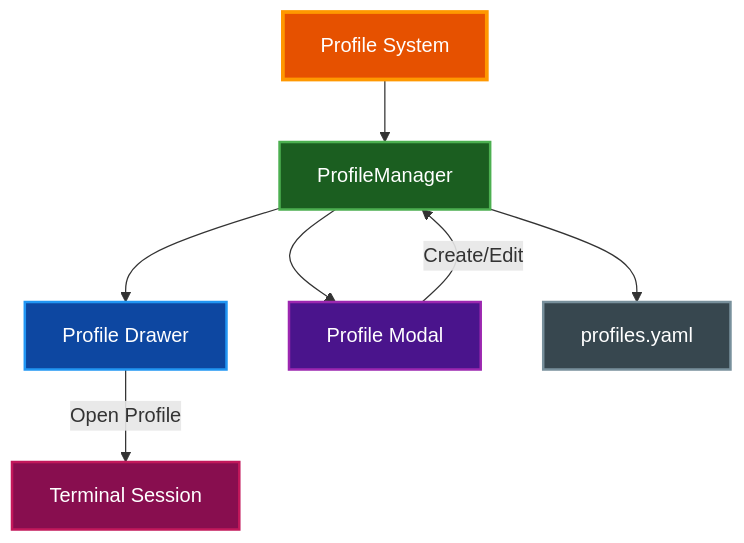
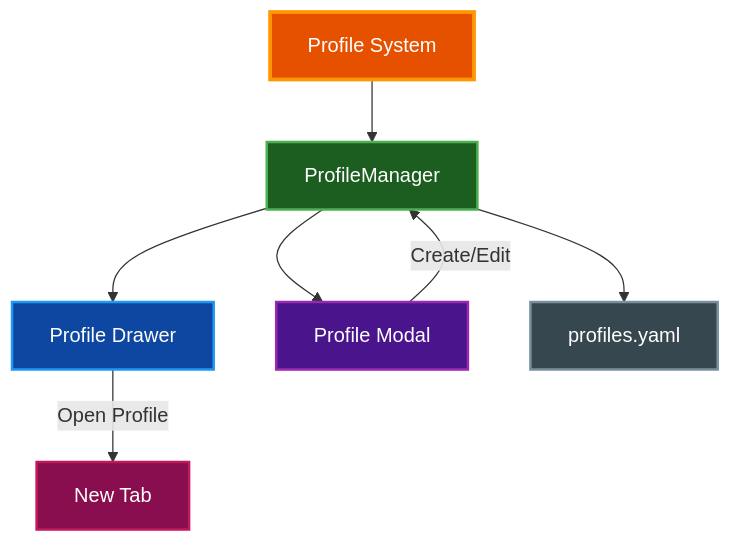
The first of 3 diagrams in docs/features/PROFILES.md (paulrobello/par-term), drawn with Mermaid before and after one commit. The commit also changed other lines of this file and 83 other files, not shown here.

````diff
--- a/docs/features/PROFILES.md
+++ b/docs/features/PROFILES.md
@@ -46,24 +46,24 @@
 ```mermaid
 graph TD
     Profiles[Profile System]
     Manager[ProfileManager]
     Drawer[Profile Drawer]
     Modal[Profile Modal]
     Storage[profiles.yaml]
-    Session[Terminal Session]
+    Session[New Tab]
 
     Profiles --> Manager
     Manager --> Drawer
     Manager --> Modal
     Manager --> Storage
 
     Drawer -->|Open Profile| Session
     Modal -->|Create/Edit| Manager
 
     style Profiles fill:#e65100,stroke:#ff9800,stroke-width:3px,color:#ffffff
     style Manager fill:#1b5e20,stroke:#4caf50,stroke-width:2px,color:#ffffff
     style Drawer fill:#0d47a1,stroke:#2196f3,stroke-width:2px,color:#ffffff
     style Modal fill:#4a148c,stroke:#9c27b0,stroke-width:2px,color:#ffffff
     style Storage fill:#37474f,stroke:#78909c,stroke-width:2px,color:#ffffff
     style Session fill:#880e4f,stroke:#c2185b,stroke-width:2px,color:#ffffff
 ```
````
